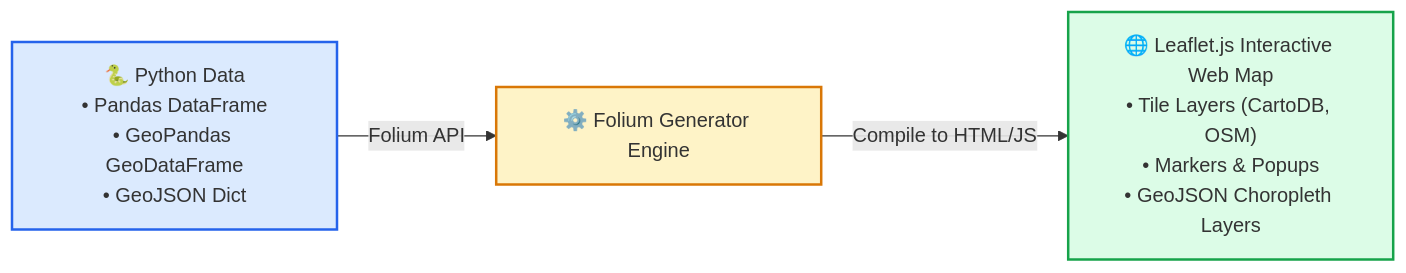
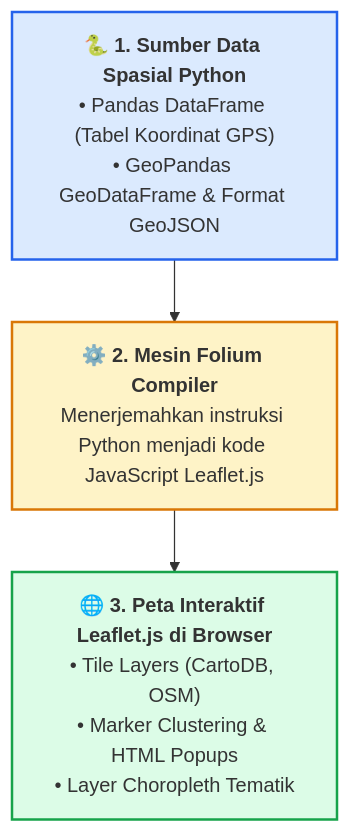
Before and after one commit to mahendaruui/Perkuliahan: the second of 2 diagrams in docs/visualisasi-data/10-visualisasi-geospasial-folium.md, drawn with Mermaid. The commit also changed other lines of this file and 15 other files, not shown here.

Commit message:
refactor: update and standardize mermaid diagrams across all documentation modules

````diff
--- a/docs/visualisasi-data/10-visualisasi-geospasial-folium.md
+++ b/docs/visualisasi-data/10-visualisasi-geospasial-folium.md
@@ -41,9 +38,10 @@
 ```mermaid
-flowchart LR
-    Python["🐍 Python Data<br>• Pandas DataFrame<br>• GeoPandas GeoDataFrame<br>• GeoJSON Dict"] -->|"Folium API"| Engine["⚙️ Folium Generator Engine"]
-    Engine -->|"Compile to HTML/JS"| Leaflet["🌐 Leaflet.js Interactive Web Map<br>• Tile Layers (CartoDB, OSM)<br>• Markers & Popups<br>• GeoJSON Choropleth Layers"]
+flowchart TD
+    Python["🐍 <b>1. Sumber Data Spasial Python</b><br>• Pandas DataFrame (Tabel Koordinat GPS)<br>• GeoPandas GeoDataFrame & Format GeoJSON"]
+    --> Engine["⚙️ <b>2. Mesin Folium Compiler</b><br>Menerjemahkan instruksi Python menjadi kode JavaScript Leaflet.js"]
+    --> Leaflet["🌐 <b>3. Peta Interaktif Leaflet.js di Browser</b><br>• Tile Layers (CartoDB, OSM)<br>• Marker Clustering & HTML Popups<br>• Layer Choropleth Tematik"]
 
     style Python fill:#dbeafe,stroke:#2563eb,stroke-width:2px
     style Engine fill:#fef3c7,stroke:#d97706,stroke-width:2px
     style Leaflet fill:#dcfce7,stroke:#16a34a,stroke-width:2px
 ```
````
